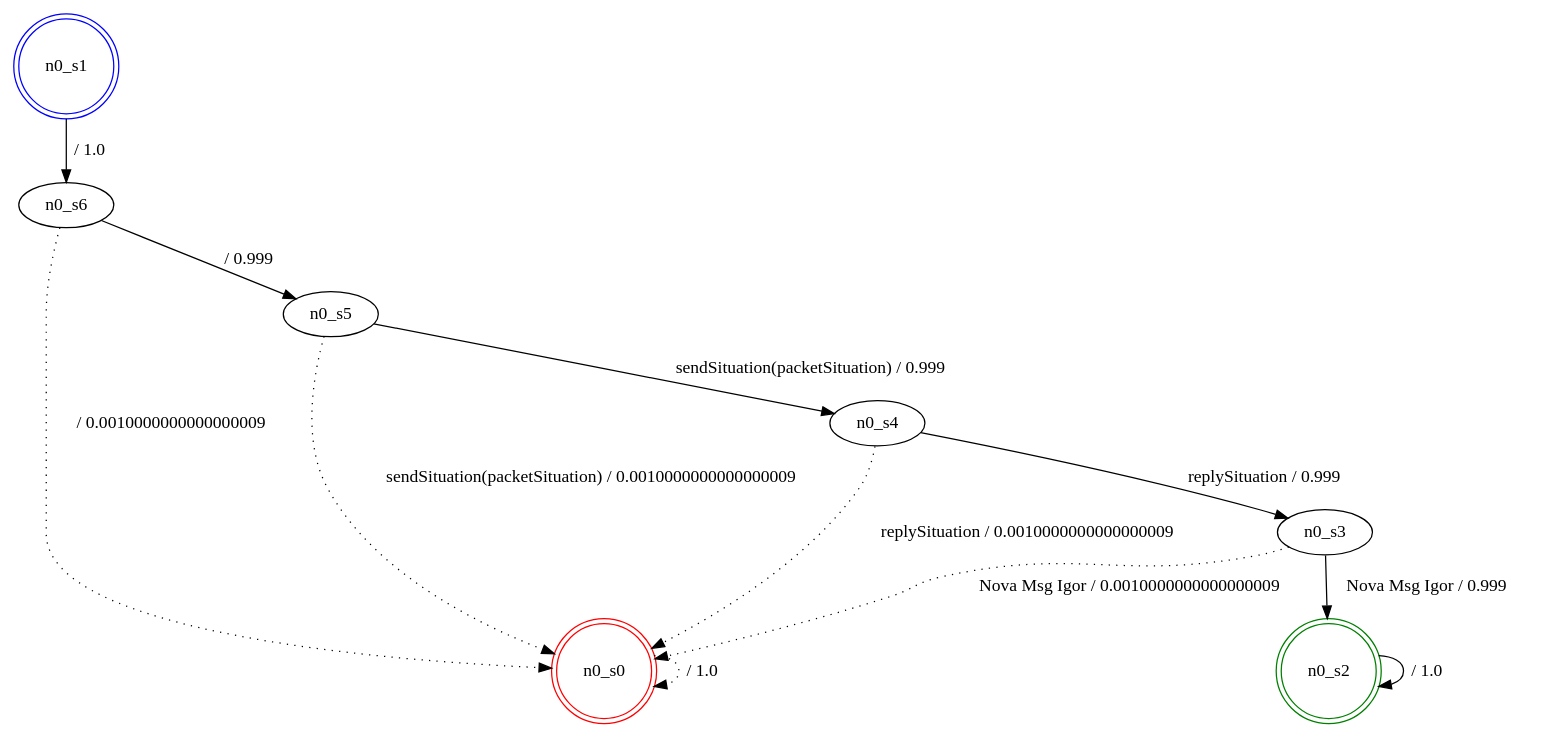
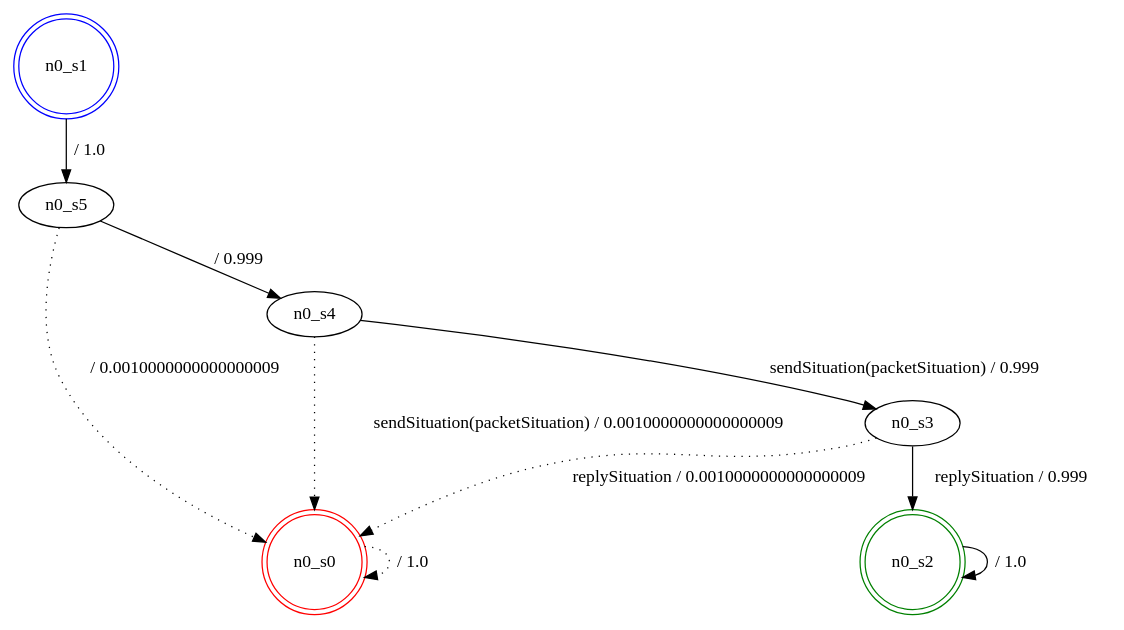
Before and after one commit to SPLMC/spl-generator: the diagram in src/generatedModels/1/fdtmc_n0.dot, drawn with Graphviz. The commit also changed 17 other files, not shown here.

```diff
--- a/src/generatedModels/1/fdtmc_n0.dot
+++ b/src/generatedModels/1/fdtmc_n0.dot
@@ -1,20 +1,17 @@
 digraph graphname {
 n0_s0 [label="n0_s0",color=red,shape=doublecircle ];
 n0_s1 [label="n0_s1",color=blue,shape=doublecircle ];
 n0_s2 [label="n0_s2",color=green,shape=doublecircle ];
 n0_s3 [label="n0_s3" ];
 n0_s4 [label="n0_s4" ];
 n0_s5 [label="n0_s5" ];
-n0_s6 [label="n0_s6" ];
 n0_s0 -> n0_s0 [label=" / 1.0", style=dotted];
-n0_s1 -> n0_s6 [label=" / 1.0"];
+n0_s1 -> n0_s5 [label=" / 1.0"];
 n0_s2 -> n0_s2 [label=" / 1.0"];
-n0_s3 -> n0_s2 [label="Nova Msg Igor / 0.999"];
-n0_s3 -> n0_s0 [label="Nova Msg Igor / 0.0010000000000000009", style=dotted];
-n0_s4 -> n0_s3 [label="replySituation / 0.999"];
-n0_s4 -> n0_s0 [label="replySituation / 0.0010000000000000009", style=dotted];
-n0_s5 -> n0_s4 [label="sendSituation(packetSituation) / 0.999"];
-n0_s5 -> n0_s0 [label="sendSituation(packetSituation) / 0.0010000000000000009", style=dotted];
-n0_s6 -> n0_s5 [label=" / 0.999"];
-n0_s6 -> n0_s0 [label=" / 0.0010000000000000009", style=dotted];
+n0_s3 -> n0_s2 [label="replySituation / 0.999"];
+n0_s3 -> n0_s0 [label="replySituation / 0.0010000000000000009", style=dotted];
+n0_s4 -> n0_s3 [label="sendSituation(packetSituation) / 0.999"];
+n0_s4 -> n0_s0 [label="sendSituation(packetSituation) / 0.0010000000000000009", style=dotted];
+n0_s5 -> n0_s4 [label=" / 0.999"];
+n0_s5 -> n0_s0 [label=" / 0.0010000000000000009", style=dotted];
 }
```
